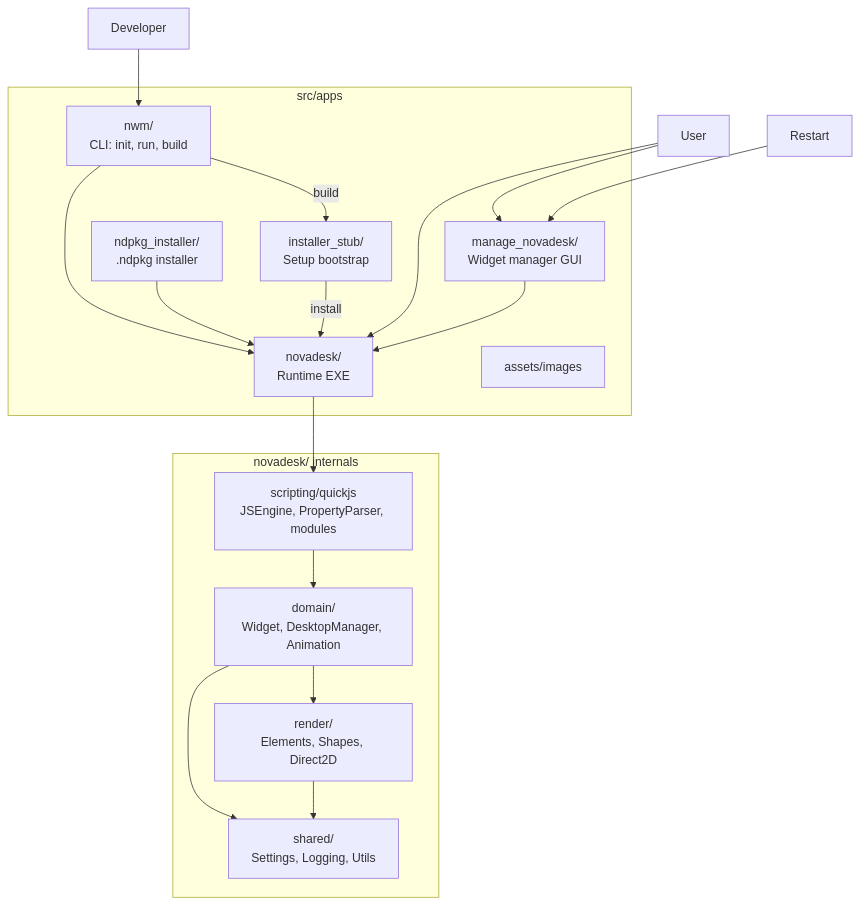
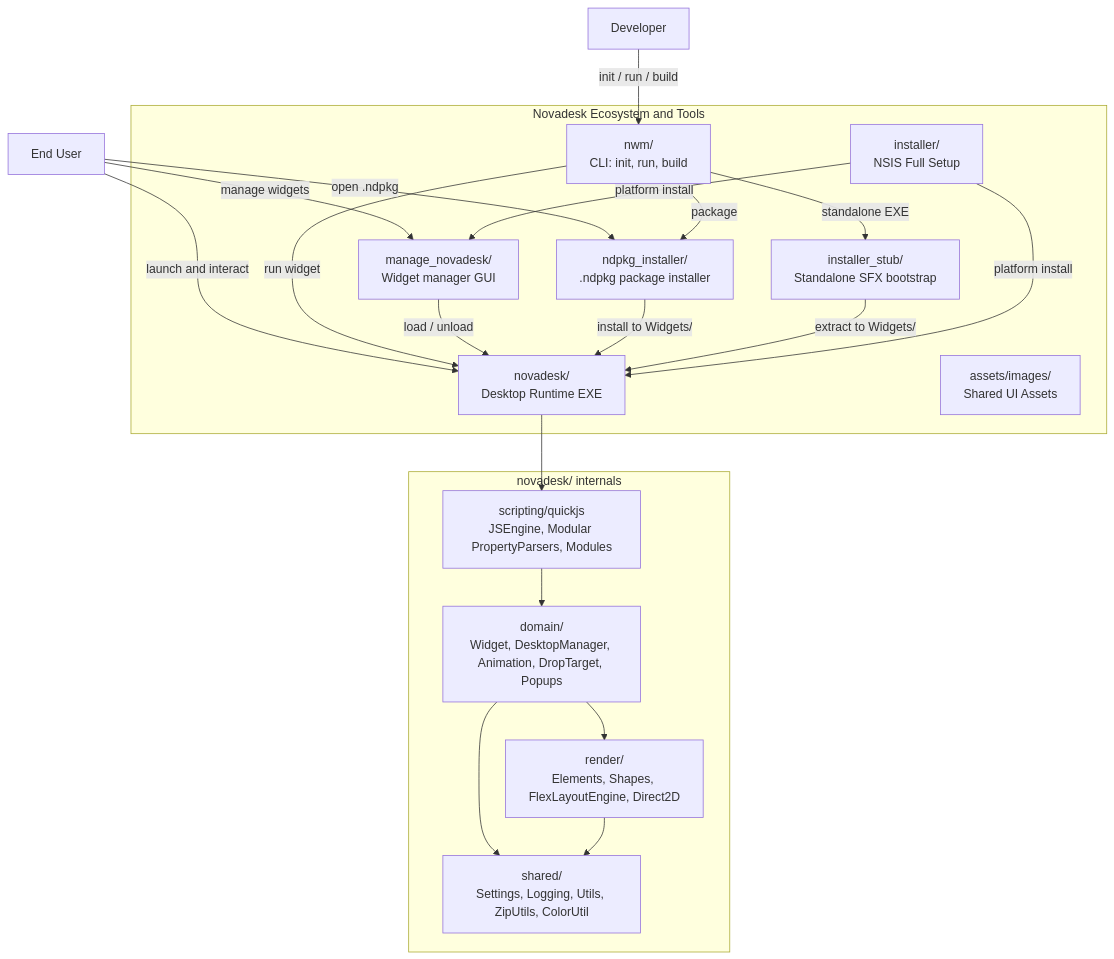
Before and after one commit to NSTechBytes/novadesk: the diagram in README.md, drawn with Mermaid. The commit also changed 1 other file, not shown here.

Commit message:
feat(Architecture): enhance application ecosystem diagrams and clarify widget management flow

````diff
--- a/README.md
+++ b/README.md
@@ -37,35 +37,39 @@
 ```mermaid
 flowchart TB
-  subgraph src_apps ["src/apps"]
-    Novadesk["novadesk/<br/>Runtime EXE"]
+  subgraph src_apps ["Novadesk Ecosystem and Tools"]
+    Novadesk["novadesk/<br/>Desktop Runtime EXE"]
     Nwm["nwm/<br/>CLI: init, run, build"]
     Manage["manage_novadesk/<br/>Widget manager GUI"]
-    Ndpkg["ndpkg_installer/<br/>.ndpkg installer"]
-    Stub["installer_stub/<br/>Setup bootstrap"]
-    Assets["assets/images"]
+    Ndpkg["ndpkg_installer/<br/>.ndpkg package installer"]
+    Stub["installer_stub/<br/>Standalone SFX bootstrap"]
+    Nsis["installer/<br/>NSIS Full Setup"]
+    Assets["assets/images/<br/>Shared UI Assets"]
   end
 
-  Dev["Developer"] --> Nwm
-  User["User"] --> Manage
-  User --> Novadesk
+  Dev["Developer"] -->|"init / run / build"| Nwm
+  User["End User"] -->|"manage widgets"| Manage
+  User -->|"launch and interact"| Novadesk
+  User -->|"open .ndpkg"| Ndpkg
 
-  Nwm -->|"build"| Stub
-  Nwm --> Novadesk
-  Manage --> Novadesk
-  Ndpkg --> Novadesk
-  Restart --> Manage
-  Stub -->|"install"| Novadesk
+  Nwm -->|"standalone EXE"| Stub
+  Nwm -->|"package"| Ndpkg
+  Nwm -->|"run widget"| Novadesk
+  Manage -->|"load / unload"| Novadesk
+  Ndpkg -->|"install to Widgets/"| Novadesk
+  Stub -->|"extract to Widgets/"| Novadesk
+  Nsis -->|"platform install"| Novadesk
+  Nsis -->|"platform install"| Manage
 
   subgraph novadesk_layers ["novadesk/ internals"]
-    JS["scripting/quickjs<br/>JSEngine, PropertyParser, modules"]
-    Domain["domain/<br/>Widget, DesktopManager, Animation"]
-    Render["render/<br/>Elements, Shapes, Direct2D"]
-    Shared["shared/<br/>Settings, Logging, Utils"]
+    JS["scripting/quickjs<br/>JSEngine, Modular PropertyParsers, Modules"]
+    Domain["domain/<br/>Widget, DesktopManager, Animation, DropTarget, Popups"]
+    Render["render/<br/>Elements, Shapes, FlexLayoutEngine, Direct2D"]
+    Shared["shared/<br/>Settings, Logging, Utils, ZipUtils, ColorUtil"]
   end
 
   Novadesk --> JS
   JS --> Domain
   Domain --> Render
   Domain --> Shared
   Render --> Shared
 ```
````
